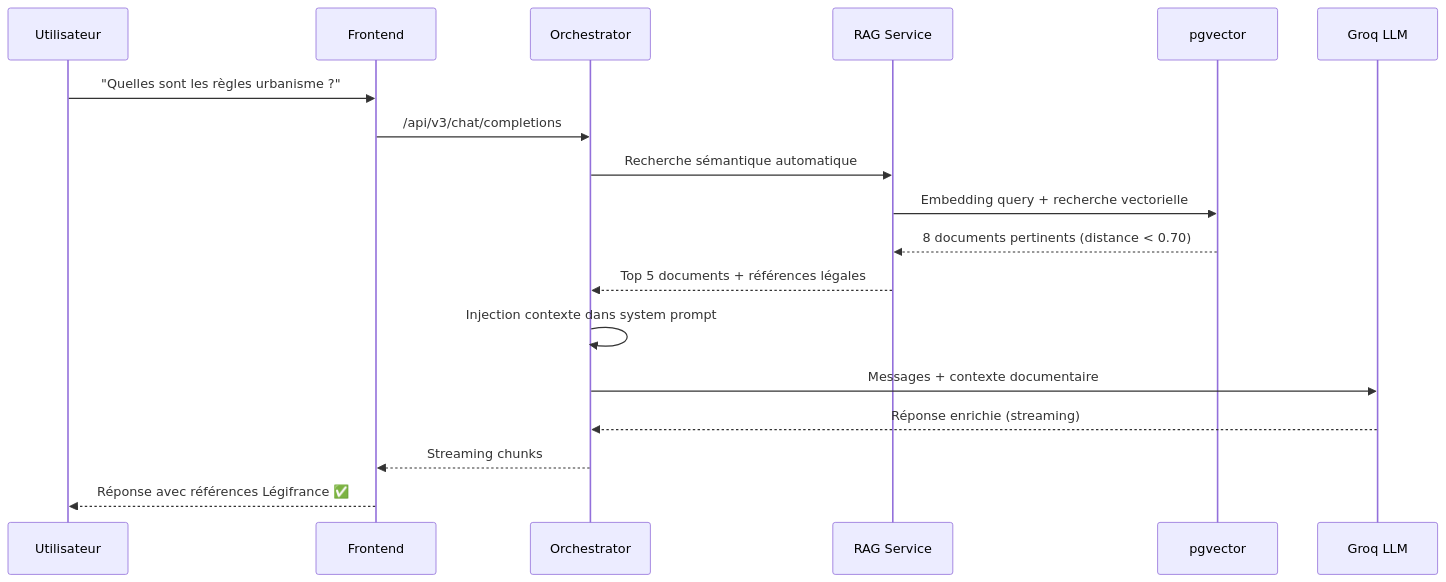
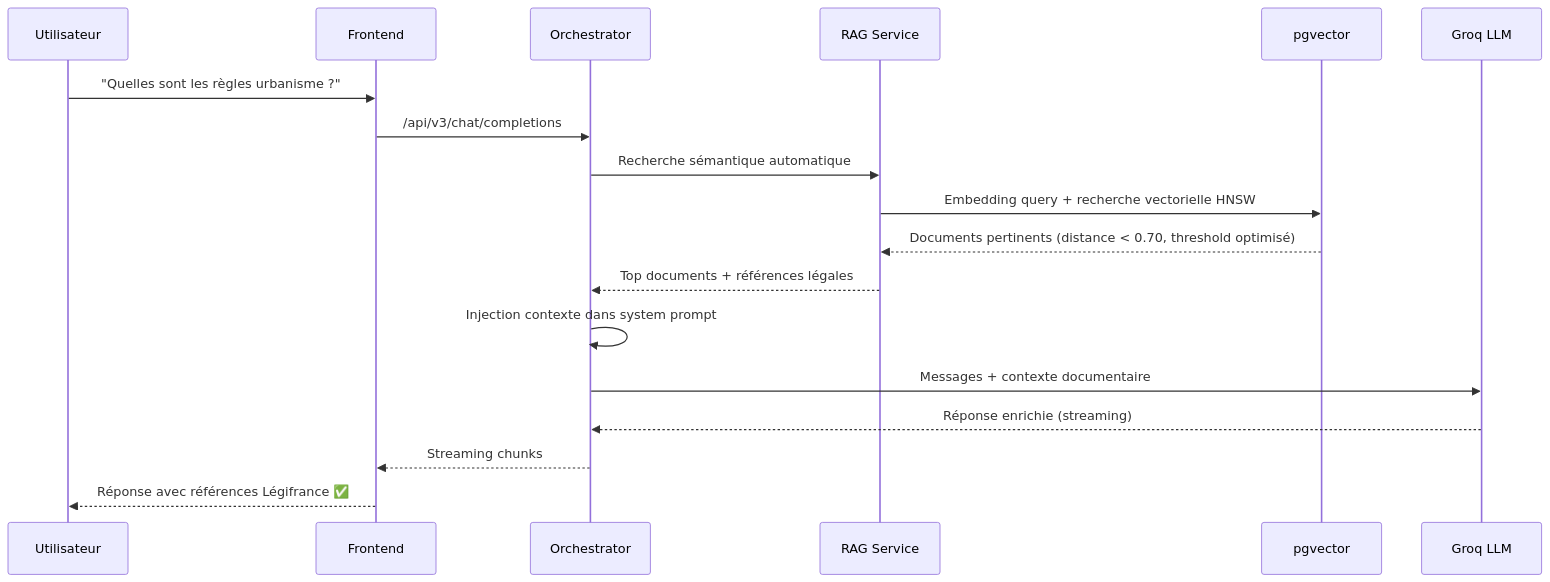
One commit to Volgine/Documentations-Projets-ArchiReg changed the second of 4 diagrams in 09-RAG-EMBEDDINGS.md. Above: the diagram before and after it, drawn with Mermaid. The commit also changed other lines of this file and 3 other files, not shown here.

Commit message:
docs: Correction diagrammes Mermaid - Architecture réelle (3 Edge Functions, 2 Workers, files_queue, auto-sync, données actuelles)

````diff
--- a/09-RAG-EMBEDDINGS.md
+++ b/09-RAG-EMBEDDINGS.md
@@ -592,21 +593,21 @@
 ```mermaid
 sequenceDiagram
     participant U as Utilisateur
     participant F as Frontend
     participant O as Orchestrator
     participant R as RAG Service
     participant DB as pgvector
     participant LLM as Groq LLM
     
     U->>F: "Quelles sont les règles urbanisme ?"
     F->>O: /api/v3/chat/completions
     O->>R: Recherche sémantique automatique
-    R->>DB: Embedding query + recherche vectorielle
-    DB-->>R: 8 documents pertinents (distance < 0.70)
-    R-->>O: Top 5 documents + références légales
+    R->>DB: Embedding query + recherche vectorielle HNSW
+    DB-->>R: Documents pertinents (distance < 0.70, threshold optimisé)
+    R-->>O: Top documents + références légales
     O->>O: Injection contexte dans system prompt
     O->>LLM: Messages + contexte documentaire
     LLM-->>O: Réponse enrichie (streaming)
     O-->>F: Streaming chunks
     F-->>U: Réponse avec références Légifrance ✅
 ```
````
